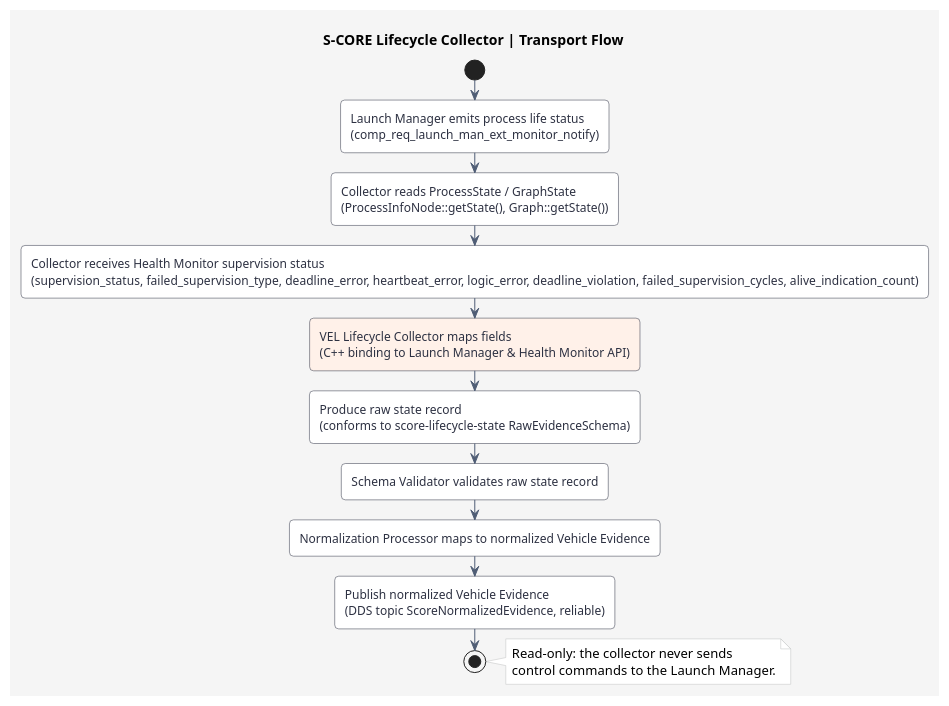
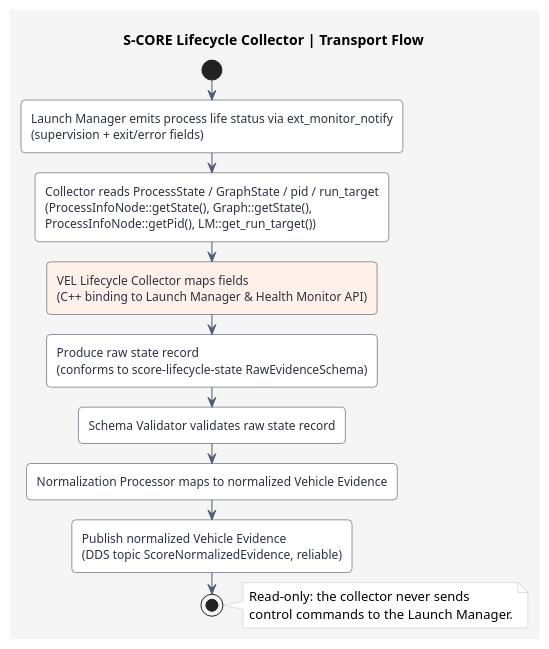
One commit to akshayg0314/vel changed the diagram in docs/features/diagrams/lifecycle/Lifecycle_collector_transport_flow.puml. Above: the diagram before and after it, drawn with PlantUML. The commit also changed 3 other files, not shown here.

First line of the commit message:
docs(diagrams): clarify field ownership in lifecycle type model and transport

```diff
--- a/docs/features/diagrams/lifecycle/Lifecycle_collector_transport_flow.puml
+++ b/docs/features/diagrams/lifecycle/Lifecycle_collector_transport_flow.puml
@@ -1,36 +1,35 @@
 @startuml
 title S-CORE Lifecycle Collector | Transport Flow
 skinparam backgroundColor #F5F5F5
 skinparam shadowing false
 skinparam roundCorner 8
 skinparam ArrowColor #4F5D75
 skinparam activityBorderColor #2D3142
 skinparam activityBackgroundColor #FFFFFF
 skinparam activityFontColor #2D3142
 skinparam diamondBorderColor #4F5D75
 skinparam diamondBackgroundColor #ECECEC
 skinparam noteBackgroundColor #FFFFFF
 skinparam noteBorderColor #BFC0C0
 
 start
-:Launch Manager emits process life status
-(comp_req_launch_man_ext_monitor_notify);
-:Collector reads ProcessState / GraphState
-(ProcessInfoNode::getState(), Graph::getState());
-:Collector receives Health Monitor supervision status
-(supervision_status, failed_supervision_type, deadline_error, heartbeat_error, logic_error, deadline_violation, failed_supervision_cycles, alive_indication_count);
+:Launch Manager emits process life status via ext_monitor_notify
+(supervision + exit/error fields);
+:Collector reads ProcessState / GraphState / pid / run_target
+(ProcessInfoNode::getState(), Graph::getState(),
+ProcessInfoNode::getPid(), LM::get_run_target());
 #FFF1E9:VEL Lifecycle Collector maps fields
 (C++ binding to Launch Manager & Health Monitor API);
 :Produce raw state record
 (conforms to score-lifecycle-state RawEvidenceSchema);
 :Schema Validator validates raw state record;
 :Normalization Processor maps to normalized Vehicle Evidence;
 :Publish normalized Vehicle Evidence
 (DDS topic ScoreNormalizedEvidence, reliable);
 stop
 
 note right
 Read-only: the collector never sends
 control commands to the Launch Manager.
 end note
 @enduml
```
